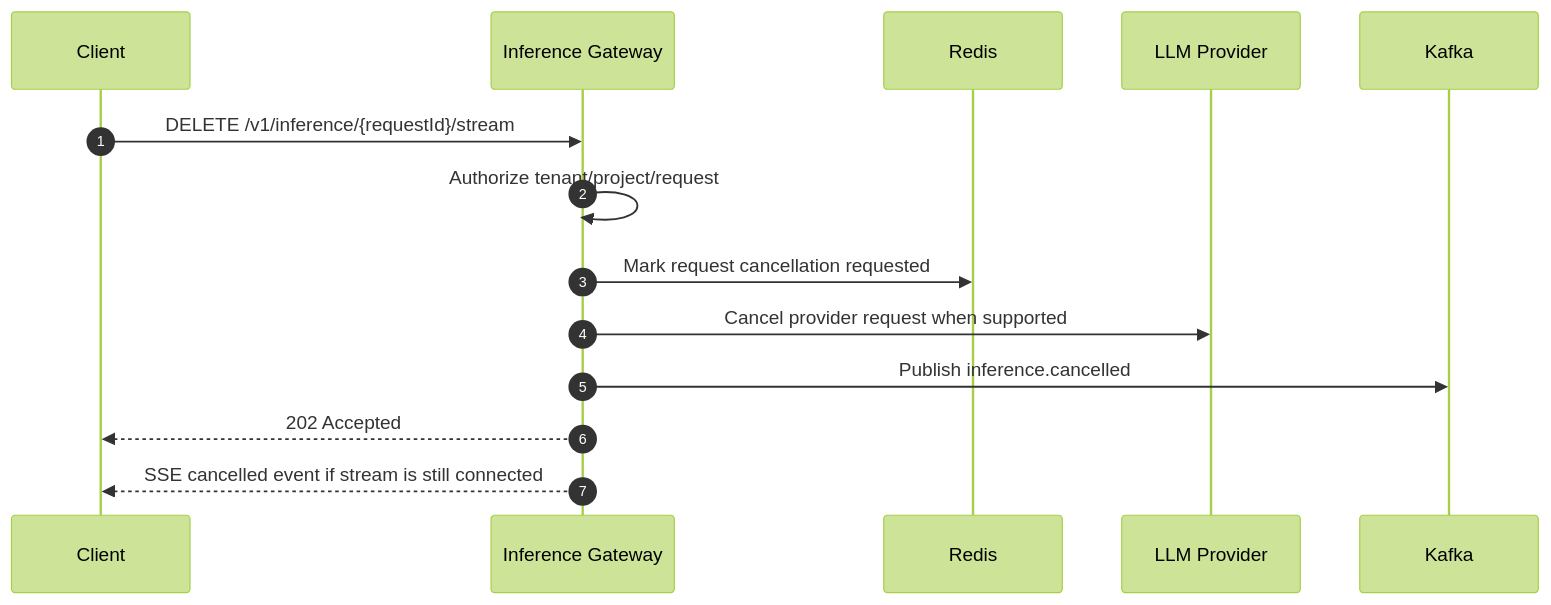
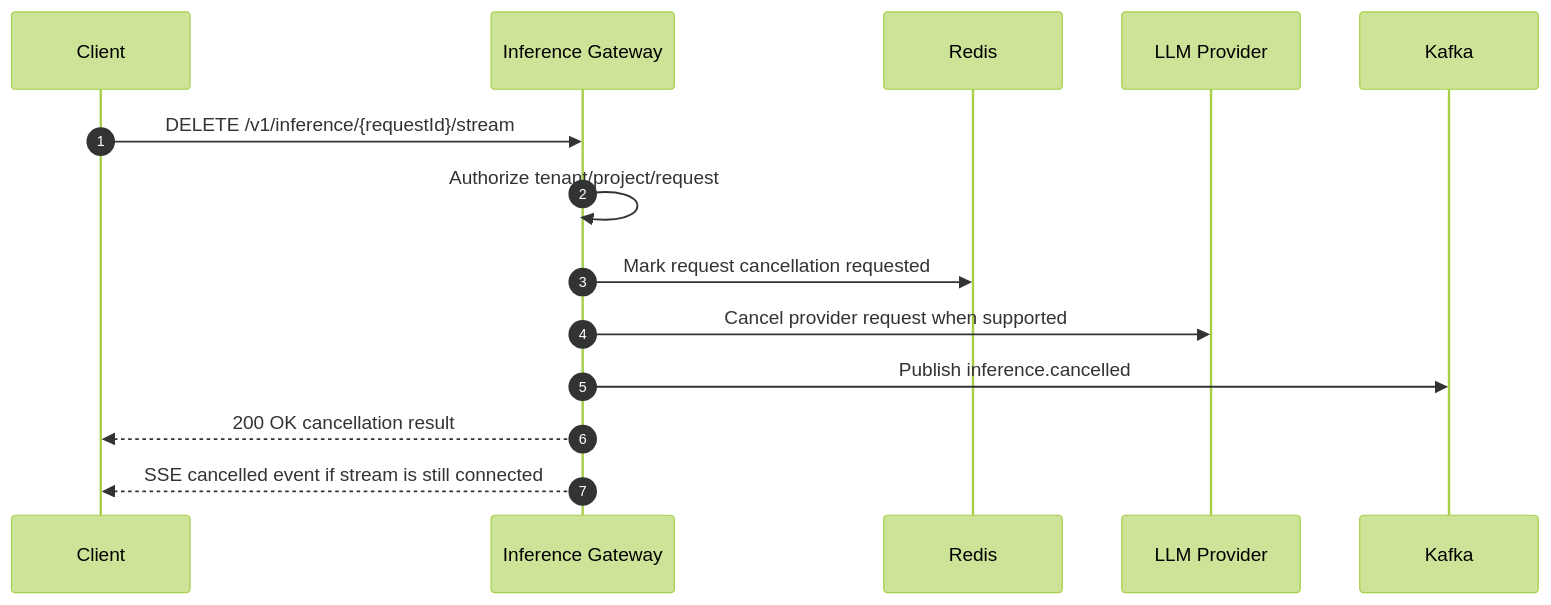
Before and after one commit to pankaj45/llm-observability: the fourth of 7 diagrams in docs/architecture/sequence-flows.md, drawn with Mermaid (forest theme). The commit also changed other lines of this file and 53 other files, not shown here.

````diff
--- a/docs/architecture/sequence-flows.md
+++ b/docs/architecture/sequence-flows.md
@@ -35,17 +86,17 @@
 ```mermaid
 sequenceDiagram
     autonumber
     participant Client
     participant Gateway as Inference Gateway
     participant Redis
     participant Provider as LLM Provider
     participant Kafka
 
     Client->>Gateway: DELETE /v1/inference/{requestId}/stream
     Gateway->>Gateway: Authorize tenant/project/request
     Gateway->>Redis: Mark request cancellation requested
     Gateway->>Provider: Cancel provider request when supported
     Gateway->>Kafka: Publish inference.cancelled
-    Gateway-->>Client: 202 Accepted
+    Gateway-->>Client: 200 OK cancellation result
     Gateway-->>Client: SSE cancelled event if stream is still connected
 ```
````
